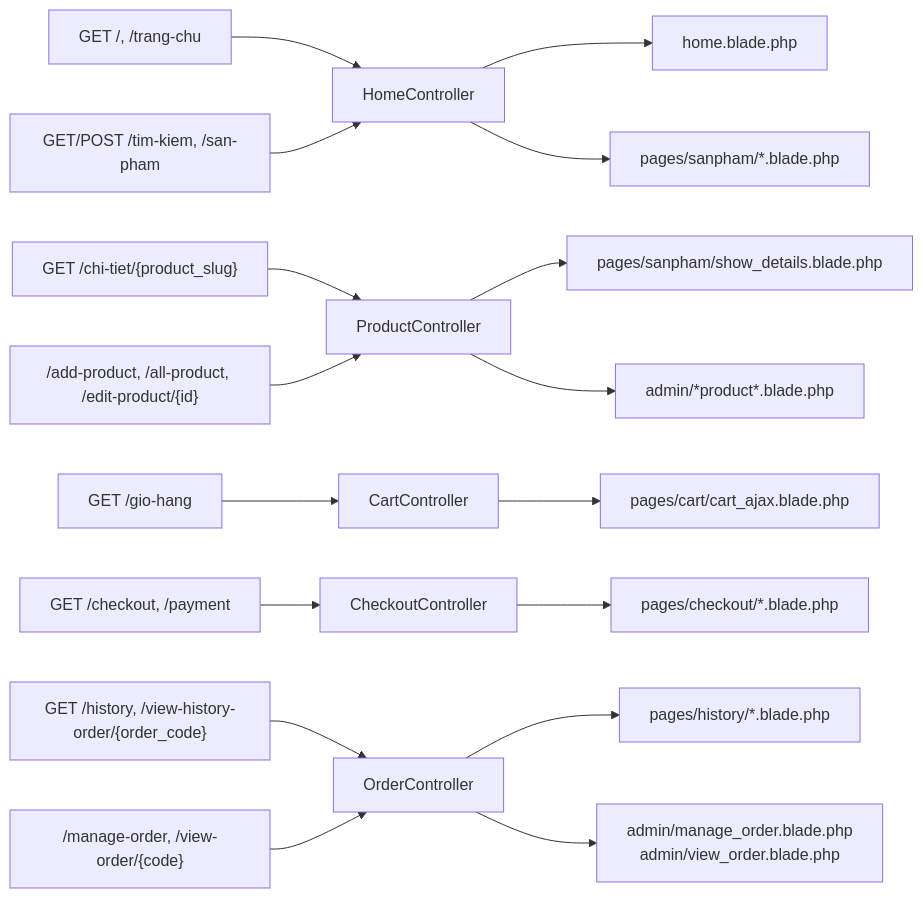
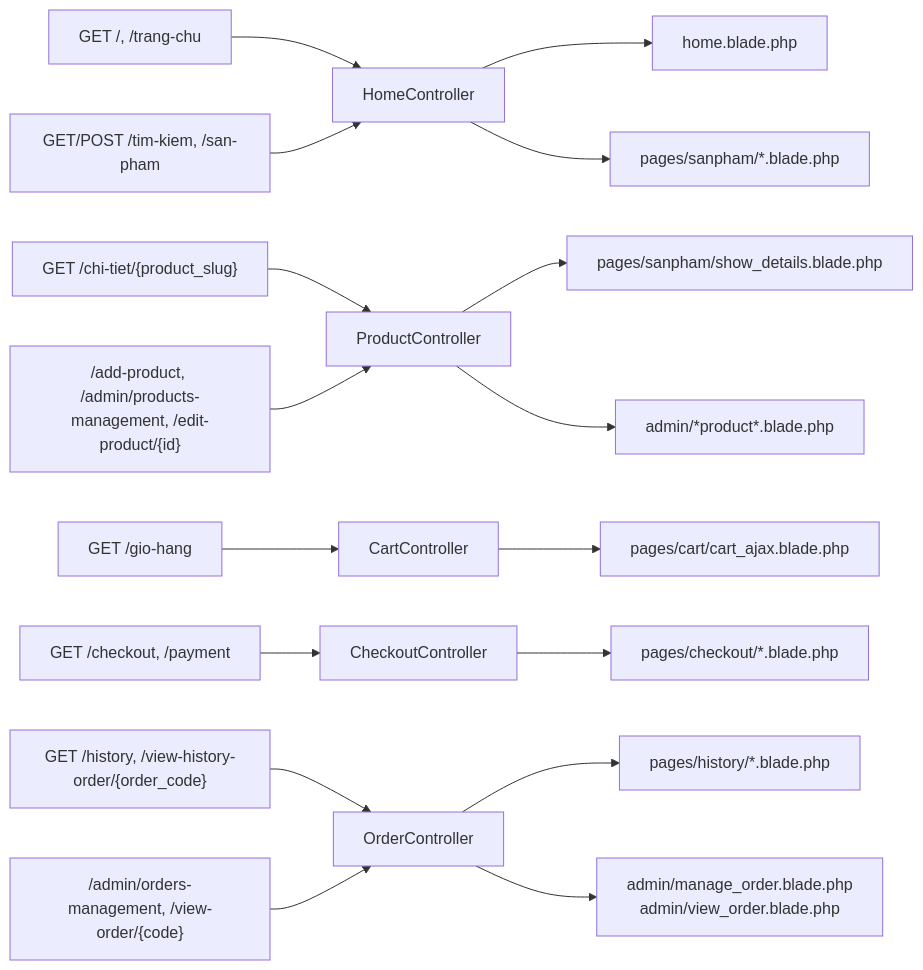
One commit to DoDangDucCoder/ElectroMart changed diagram 24 of 24 in docs/diagrams.md. Above: the diagram before and after it, drawn with Mermaid. The commit also changed other lines of this file and 870 other files, not shown here.

````diff
--- a/docs/diagrams.md
+++ b/docs/diagrams.md
@@ -1590,35 +1590,35 @@
 ```mermaid
 flowchart LR
     HomeRoute["GET /, /trang-chu"]
     SearchRoute["GET/POST /tim-kiem, /san-pham"]
     DetailRoute["GET /chi-tiet/{product_slug}"]
     CartRoute["GET /gio-hang"]
     CheckoutRoute["GET /checkout, /payment"]
     HistoryRoute["GET /history, /view-history-order/{order_code}"]
-    AdminProductRoute["/add-product, /all-product, /edit-product/{id}"]
-    AdminOrderRoute["/manage-order, /view-order/{code}"]
+    AdminProductRoute["/add-product, /admin/products-management, /edit-product/{id}"]
+    AdminOrderRoute["/admin/orders-management, /view-order/{code}"]
 
     HomeController["HomeController"]
     ProductController["ProductController"]
     CartController["CartController"]
     CheckoutController["CheckoutController"]
     OrderController["OrderController"]
 
     HomeView["home.blade.php"]
     SearchView["pages/sanpham/*.blade.php"]
     DetailView["pages/sanpham/show_details.blade.php"]
     CartView["pages/cart/cart_ajax.blade.php"]
     CheckoutView["pages/checkout/*.blade.php"]
     HistoryView["pages/history/*.blade.php"]
     AdminProductView["admin/*product*.blade.php"]
     AdminOrderView["admin/manage_order.blade.php\nadmin/view_order.blade.php"]
 
     HomeRoute --> HomeController --> HomeView
     SearchRoute --> HomeController --> SearchView
     DetailRoute --> ProductController --> DetailView
     CartRoute --> CartController --> CartView
     CheckoutRoute --> CheckoutController --> CheckoutView
     HistoryRoute --> OrderController --> HistoryView
     AdminProductRoute --> ProductController --> AdminProductView
     AdminOrderRoute --> OrderController --> AdminOrderView
 ```
````
